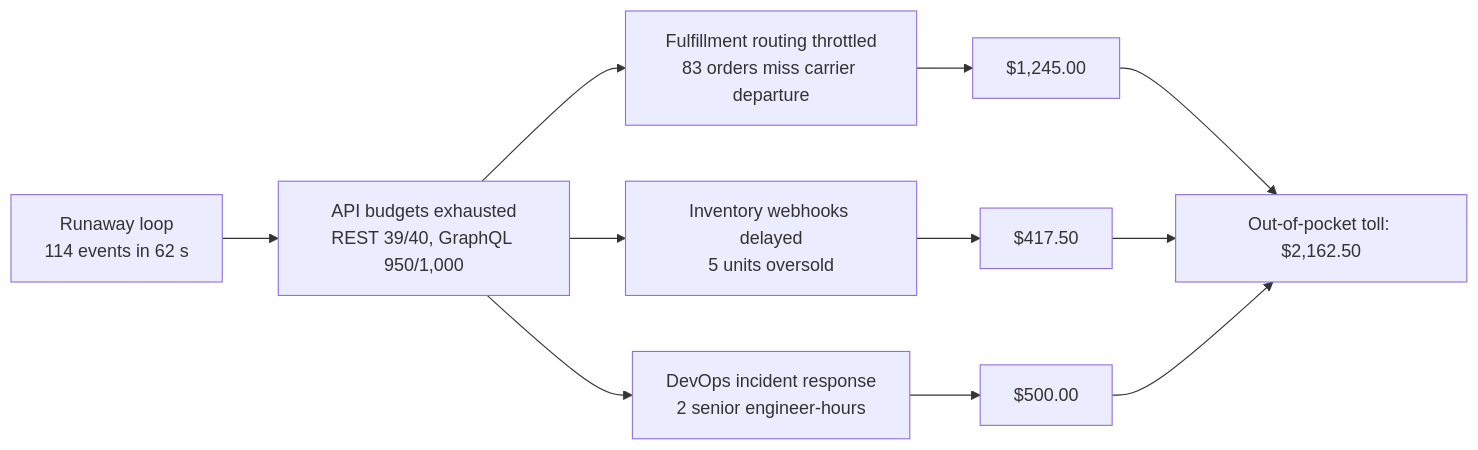
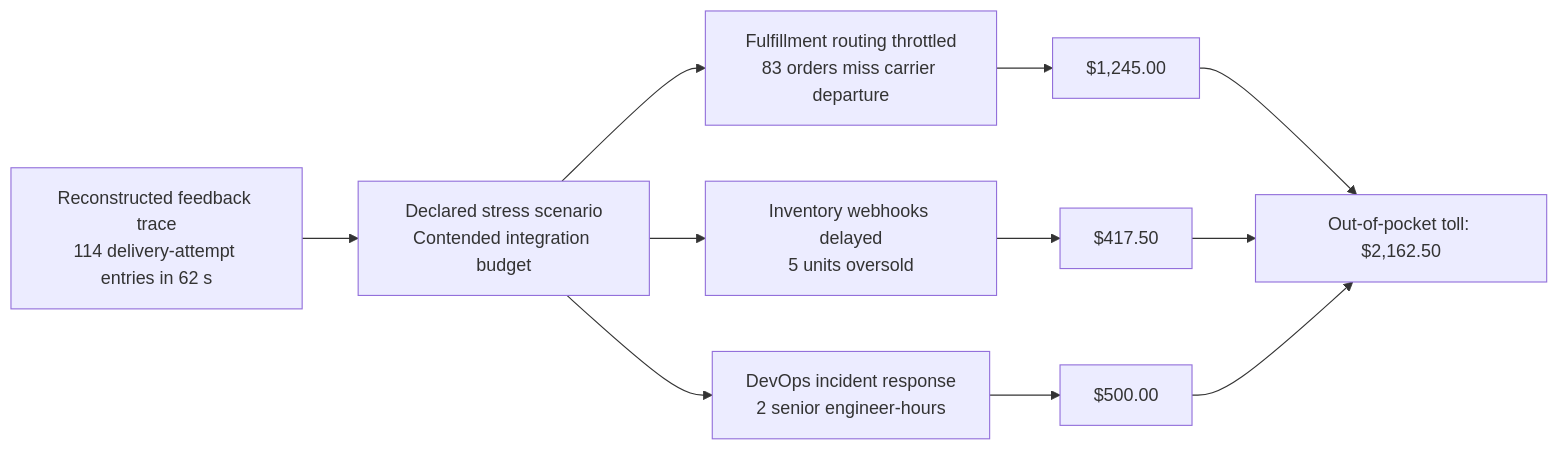
One commit to riovicsusas/portfolio changed the second of 7 diagrams in domain-4-business-automation/MasterDossier-Domain4-WebhookAutomationAndFlowTriage.md. Above: the diagram before and after it, drawn with Mermaid. The commit also changed other lines of this file and 17 other files, not shown here.

````diff
--- a/domain-4-business-automation/MasterDossier-Domain4-WebhookAutomationAndFlowTriage.md
+++ b/domain-4-business-automation/MasterDossier-Domain4-WebhookAutomationAndFlowTriage.md
@@ -129,13 +127,13 @@
 ```mermaid
 flowchart LR
-    L["Runaway loop<br/>114 events in 62 s"] --> X["API budgets exhausted<br/>REST 39/40, GraphQL 950/1,000"]
+    L["Reconstructed feedback trace<br/>114 delivery-attempt entries in 62 s"] --> X["Declared stress scenario<br/>Contended integration budget"]
     X --> F["Fulfillment routing throttled<br/>83 orders miss carrier departure"]
     X --> I["Inventory webhooks delayed<br/>5 units oversold"]
     X --> E["DevOps incident response<br/>2 senior engineer-hours"]
     F --> T["$1,245.00"]
     I --> U["$417.50"]
     E --> V["$500.00"]
     T --> S["Out-of-pocket toll: $2,162.50"]
     U --> S
     V --> S
 ```
````
